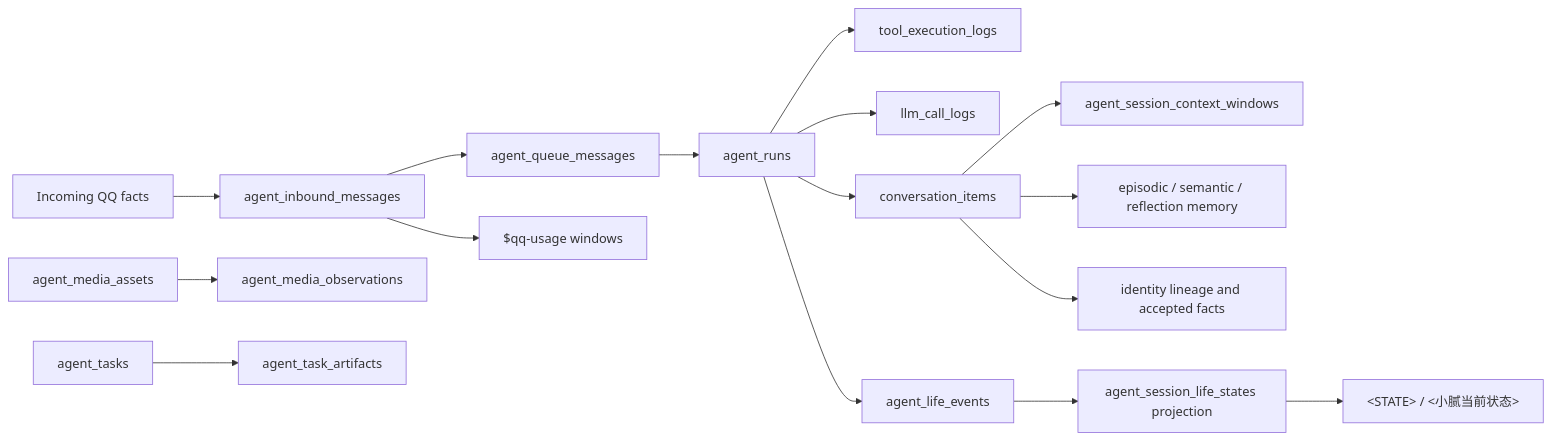
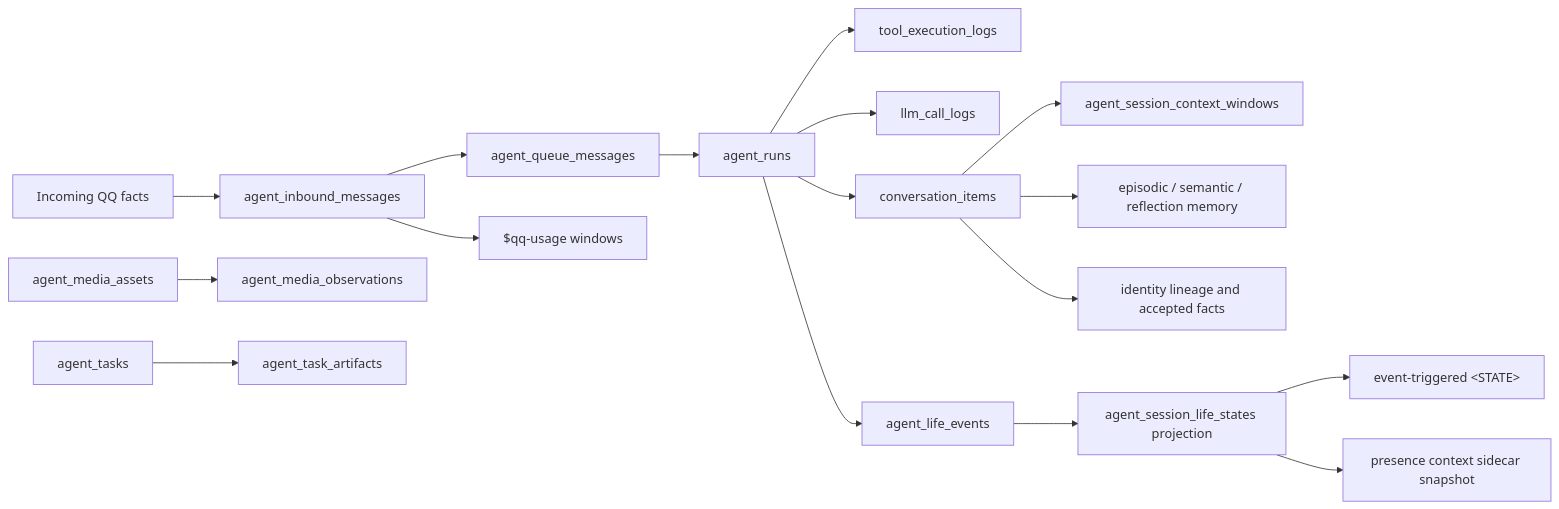
Before and after one commit to Hei-AI/xiaoni_cc: the third of 3 diagrams in docs/XIAONI_RUNTIME_STATE_DIAGRAM.md, drawn with Mermaid. The commit also changed other lines of this file and 9 other files, not shown here.

````diff
--- a/docs/XIAONI_RUNTIME_STATE_DIAGRAM.md
+++ b/docs/XIAONI_RUNTIME_STATE_DIAGRAM.md
@@ -196,18 +196,19 @@
 ```mermaid
 flowchart LR
   Inbound["Incoming QQ facts"] --> Inbox["agent_inbound_messages"]
   Inbox --> Queue["agent_queue_messages"]
   Queue --> Run["agent_runs"]
   Run --> Tools["tool_execution_logs"]
   Run --> Llm["llm_call_logs"]
   Run --> Conv["conversation_items"]
   Conv --> Context["agent_session_context_windows"]
   Conv --> Memory["episodic / semantic / reflection memory"]
   Conv --> Identity["identity lineage and accepted facts"]
   Run --> Life["agent_life_events"]
   Life --> Projection["agent_session_life_states projection"]
-  Projection --> PromptState["&lt;STATE&gt; / &lt;小腻当前状态&gt;"]
+  Projection --> PromptState["event-triggered &lt;STATE&gt;"]
+  Projection --> SidecarState["presence context sidecar snapshot"]
   Inbox --> QqUsage["$qq-usage windows"]
   Media["agent_media_assets"] --> Observe["agent_media_observations"]
   Tasks["agent_tasks"] --> Artifacts["agent_task_artifacts"]
 ```
````
